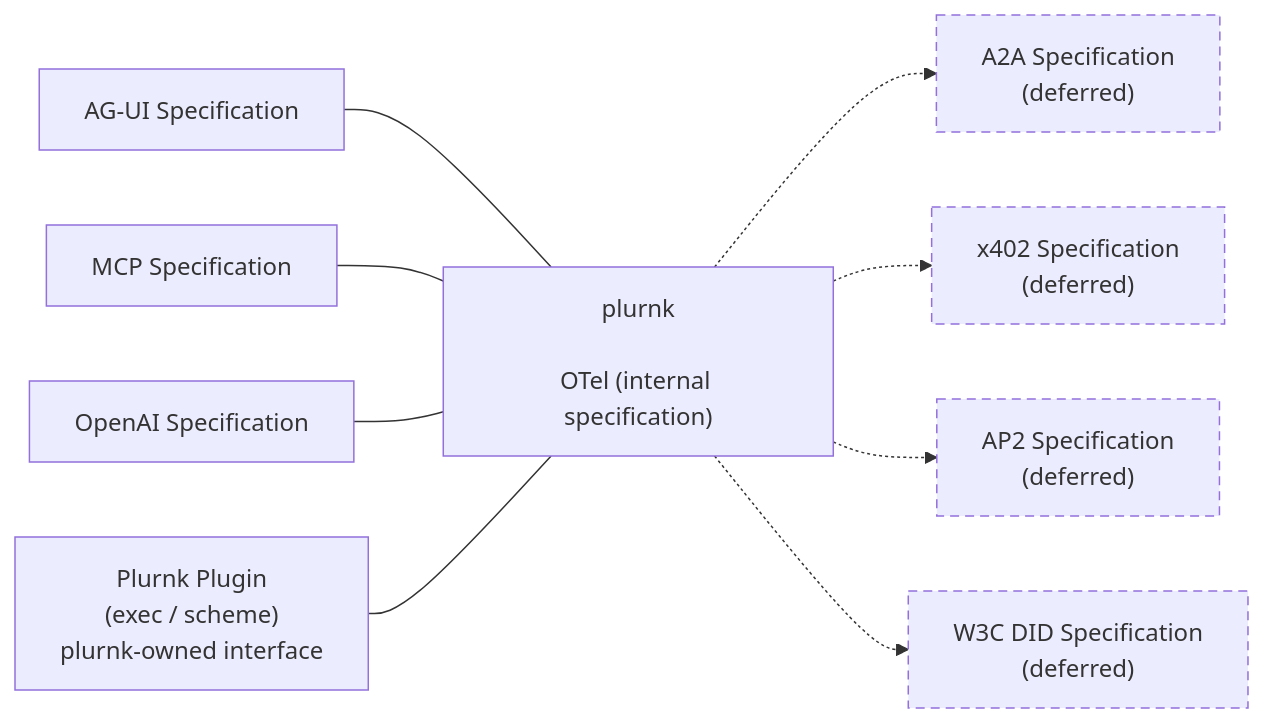
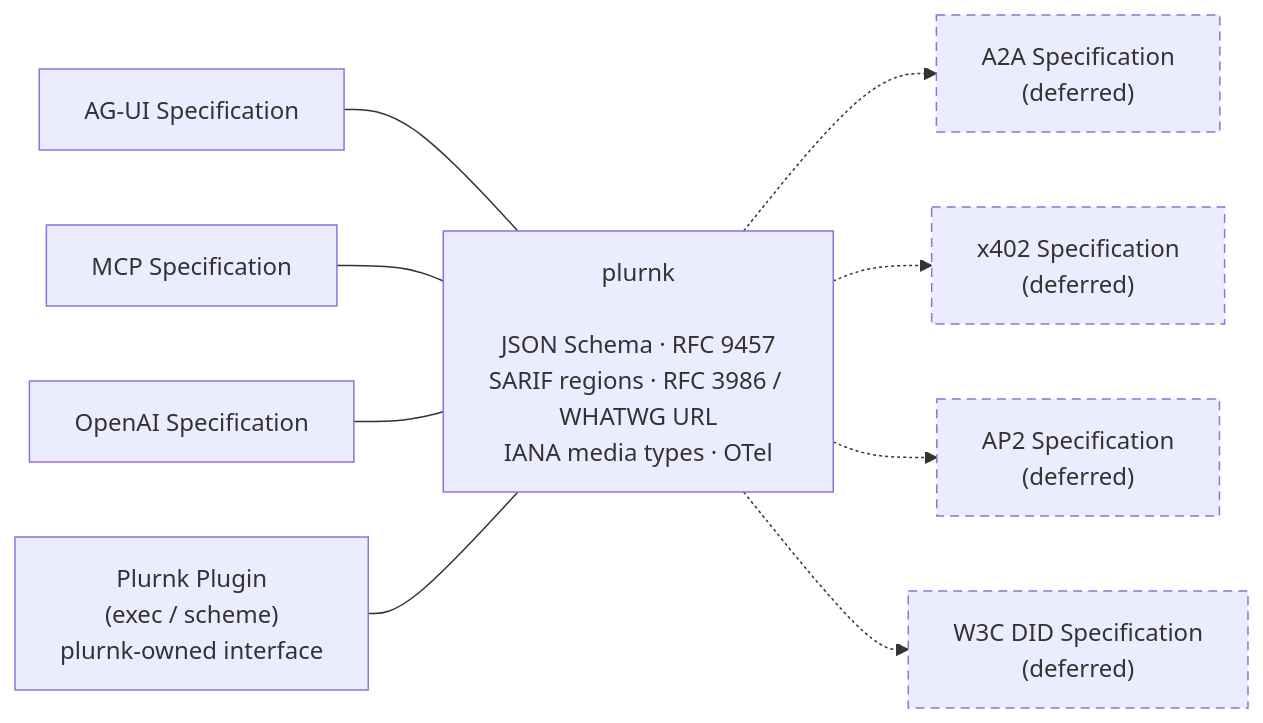
The first of 4 diagrams in ARCHITECTURE.md (plurnk/plurnk-service), drawn with Mermaid before and after one commit. The commit also changed other lines of this file and 1 other file, not shown here.

Commit message:
docs: align keystone diagrams (#26)

````diff
--- a/ARCHITECTURE.md
+++ b/ARCHITECTURE.md
@@ -14,15 +14,15 @@
 ```mermaid
 flowchart LR
-    AGUI["AG-UI Specification"] --- PLURNK["plurnk<br/><br/>OTel (internal specification)"]
+    AGUI["AG-UI Specification"] --- PLURNK["plurnk<br/><br/>JSON Schema · RFC 9457<br/>SARIF regions · RFC 3986 / WHATWG URL<br/>IANA media types · OTel"]
     MCP["MCP Specification"] --- PLURNK
     OPENAI["OpenAI Specification"] --- PLURNK
     PLUGIN["Plurnk Plugin<br/>(exec / scheme)<br/>plurnk-owned interface"] --- PLURNK
 
     PLURNK -.-> A2A["A2A Specification<br/>(deferred)"]
     PLURNK -.-> X402["x402 Specification<br/>(deferred)"]
     PLURNK -.-> AP2["AP2 Specification<br/>(deferred)"]
     PLURNK -.-> DID["W3C DID Specification<br/>(deferred)"]
 
     classDef deferred stroke-dasharray: 6 4;
     class A2A,X402,AP2,DID deferred;
 ```
````
